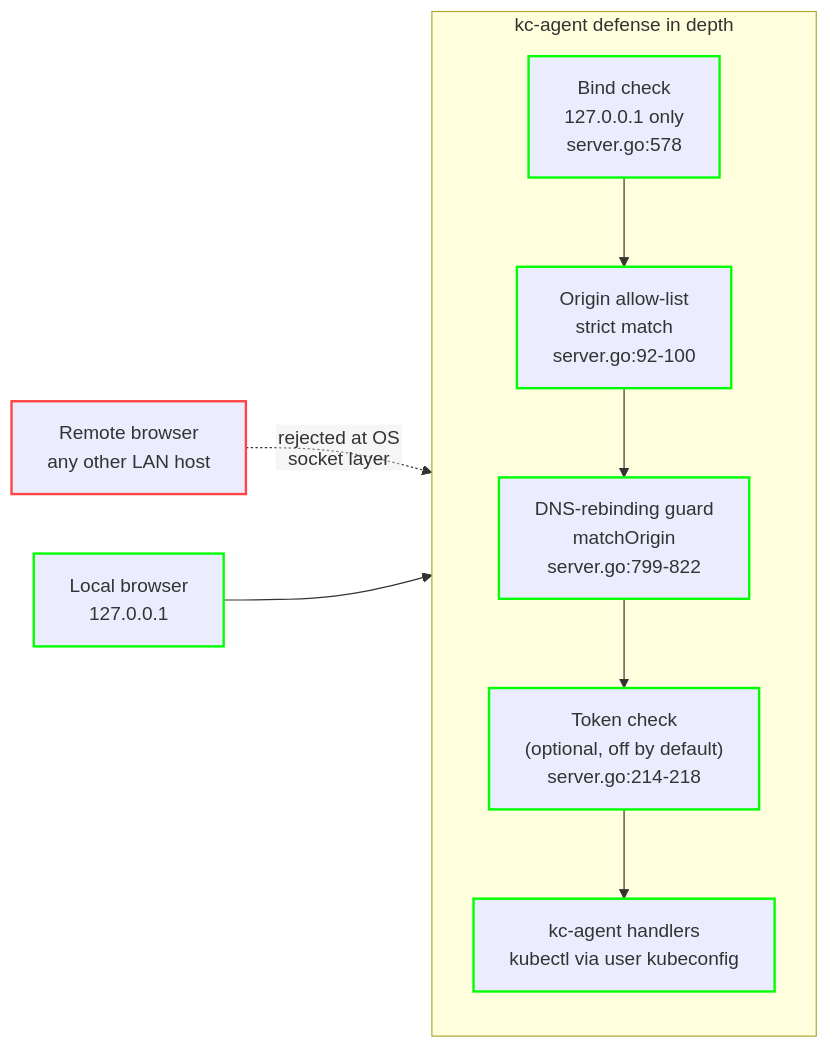
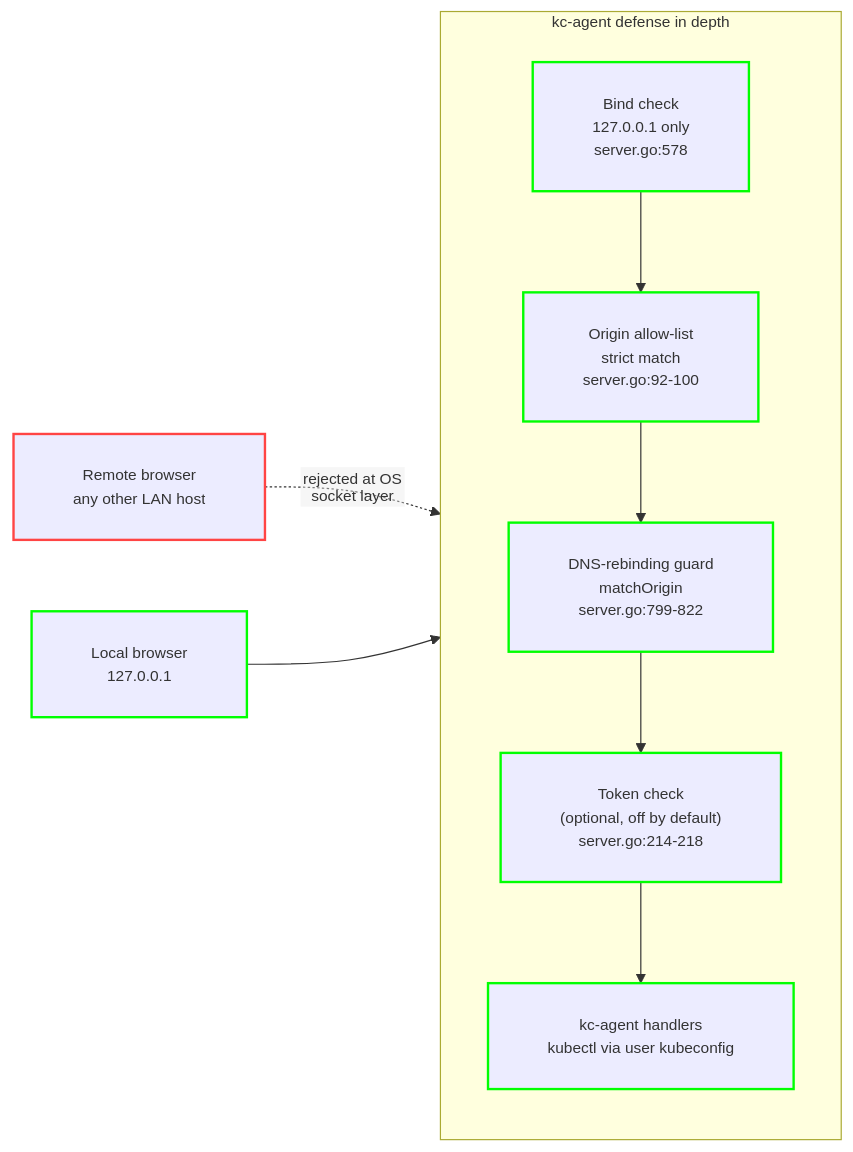
Before and after one commit to DavidDiaz0317/console: the second of 4 diagrams in docs/security/SECURITY-MODEL.md, drawn with Mermaid. The commit also changed other lines of this file, not shown here.

Commit message:
📝 docs(security): add mermaid padding to fix label truncation

````diff
--- a/docs/security/SECURITY-MODEL.md
+++ b/docs/security/SECURITY-MODEL.md
@@ -122,27 +122,27 @@
 ```mermaid
-%%{init: {'flowchart': {'htmlLabels': false, 'useMaxWidth': false}}}%%
+%%{init: {'flowchart': {'htmlLabels': false, 'padding': 25, 'nodeSpacing': 60, 'rankSpacing': 60}, 'themeVariables': {'fontSize': '13px'}}}%%
 flowchart LR
     RB[Remote browser<br/>any other LAN host]
     LB[Local browser<br/>127.0.0.1]
 
     subgraph Gates["kc-agent defense in depth"]
         direction TB
         BIND[Bind check<br/>127.0.0.1 only<br/>server.go:578]
         CORS[Origin allow-list<br/>strict match<br/>server.go:92-100]
         REB[DNS-rebinding guard<br/>matchOrigin<br/>server.go:799-822]
         TOK["Token check<br/>(optional, off by default)<br/>server.go:214-218"]
         KA[kc-agent handlers<br/>kubectl via user kubeconfig]
     end
 
     RB -.rejected at OS<br/>socket layer.-> BIND
     LB --> BIND
     BIND --> CORS
     CORS --> REB
     REB --> TOK
     TOK --> KA
 
     classDef rejected stroke:#f44,stroke-width:2px
     classDef allowed stroke:#0f0,stroke-width:2px
     class RB rejected
     class LB,BIND,CORS,REB,TOK,KA allowed
 ```
````
